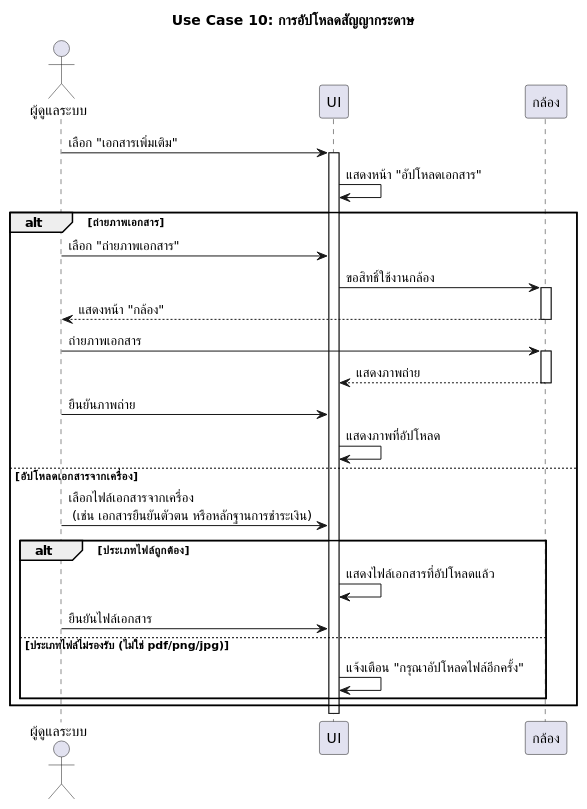
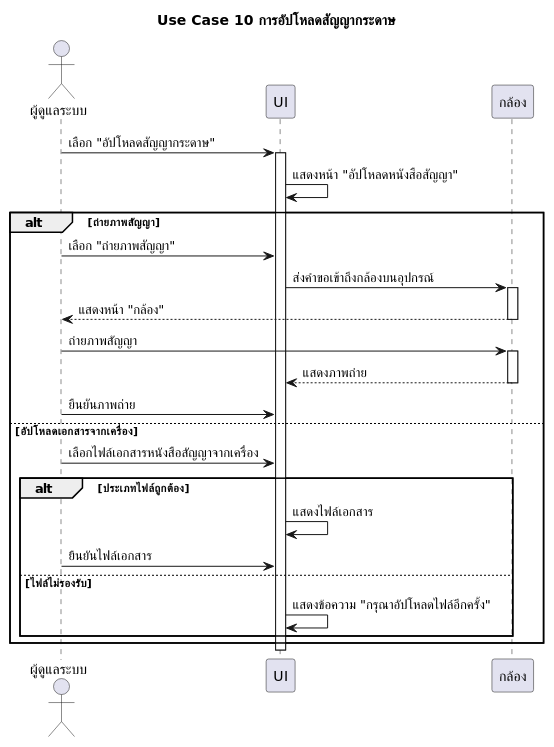
One commit to warinyang/UML-monthly-room-rent changed the diagram in ีusecase10_upload_contract_paper.plantuml. Above: the diagram before and after it, drawn with PlantUML. The commit also changed 4 other files, not shown here.

```diff
--- a/ีusecase10_upload_contract_paper.plantuml
+++ b/ีusecase10_upload_contract_paper.plantuml
@@ -1,37 +1,39 @@
-@startuml Use Case 10: การอัปโหลดสัญญากระดาษ
-title Use Case 10: การอัปโหลดสัญญากระดาษ
+@startuml use case 10 การอัปโหลดสัญญากระดาษ
+title Use Case 10 การอัปโหลดสัญญากระดาษ
 skinparam defaultFontName "TH Sarabun New"
 
 actor "ผู้ดูแลระบบ" as Admin
 participant "UI" as UI
 participant "กล้อง" as Camera
 
-Admin -> UI      : เลือก "เอกสารเพิ่มเติม"
+Admin -> UI      : เลือก "อัปโหลดสัญญากระดาษ"
 activate UI
-UI -> UI         : แสดงหน้า "อัปโหลดเอกสาร"
+UI -> UI: แสดงหน้า "อัปโหลดหนังสือสัญญา"
 
-alt ถ่ายภาพเอกสาร
-    Admin -> UI       : เลือก "ถ่ายภาพเอกสาร"
-    UI -> Camera      : ขอสิทธิ์ใช้งานกล้อง
+alt ถ่ายภาพสัญญา
+    Admin -> UI  : เลือก "ถ่ายภาพสัญญา"
+    UI -> Camera: ส่งคำขอเข้าถึงกล้องบนอุปกรณ์
     activate Camera
-    Camera --> Admin  : แสดงหน้า "กล้อง"
+    Camera --> Admin: แสดงหน้า "กล้อง"
     deactivate Camera
 
-    Admin -> Camera   : ถ่ายภาพเอกสาร
+    Admin -> Camera: ถ่ายภาพสัญญา
     activate Camera
-    Camera --> UI     : แสดงภาพถ่าย
+
+    Camera --> UI: แสดงภาพถ่าย
     deactivate Camera
-
-    Admin -> UI       : ยืนยันภาพถ่าย
-    UI -> UI          : แสดงภาพที่อัปโหลด
+    Admin -> UI: ยืนยันภาพถ่าย
 
 else อัปโหลดเอกสารจากเครื่อง
-    Admin -> UI       : เลือกไฟล์เอกสารจากเครื่อง \n (เช่น เอกสารยืนยันตัวตน หรือหลักฐานการชำระเงิน)
+    Admin -> UI      : เลือกไฟล์เอกสารหนังสือสัญญาจากเครื่อง
+
     alt ประเภทไฟล์ถูกต้อง
-        UI -> UI      : แสดงไฟล์เอกสารที่อัปโหลดแล้ว
-        Admin -> UI   : ยืนยันไฟล์เอกสาร
-    else ประเภทไฟล์ไม่รองรับ (ไม่ใช่ pdf/png/jpg)
-        UI -> UI      : แจ้งเตือน "กรุณาอัปโหลดไฟล์อีกครั้ง"
+        UI -> UI : แสดงไฟล์เอกสาร
+        Admin -> UI: ยืนยันไฟล์เอกสาร
+    else ไฟล์ไม่รองรับ
+        UI->UI : แสดงข้อความ "กรุณาอัปโหลดไฟล์อีกครั้ง"
     end
+
 end
+deactivate UI
 @enduml
```
